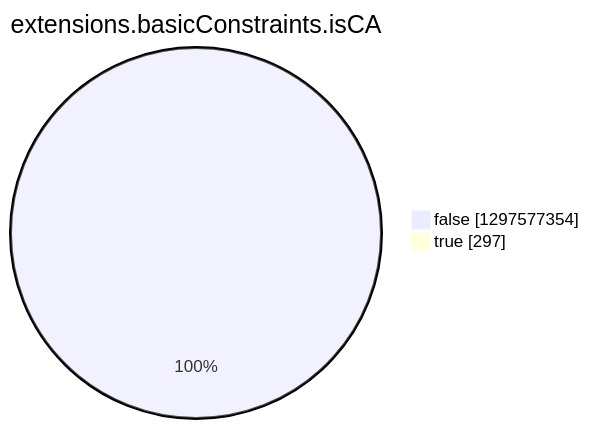
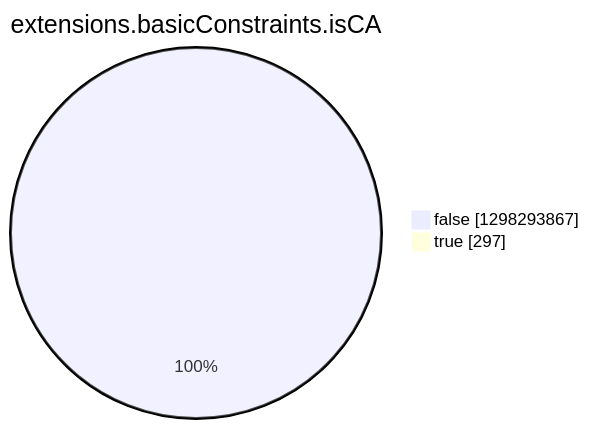
One commit to christiankrug/ctmonitor_visualization changed the eighth of 15 diagrams in argon2022/README.md. Above: the diagram before and after it, drawn with Mermaid. The commit also changed other lines of this file, not shown here.

````diff
--- a/argon2022/README.md
+++ b/argon2022/README.md
@@ -2757,6 +2757,6 @@
 ```mermaid
 pie showData
 title extensions.basicConstraints.isCA
-"false" :1297577354
+"false" :1298293867
 "true" :297
 ```
````
